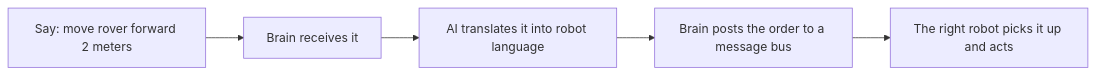
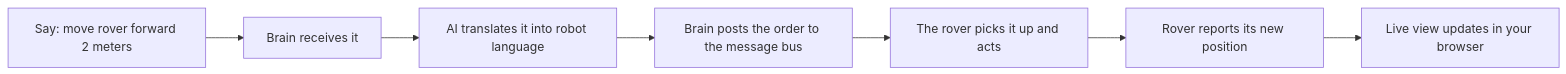
One commit to siddhesh1008/robotics-master changed the second of 3 diagrams in OVERVIEW.md. Above: the diagram before and after it, drawn with Mermaid. The commit also changed other lines of this file and 4 other files, not shown here.

Commit message:
Add 2D live rover view, position tracking, WebSocket bridge

````diff
--- a/OVERVIEW.md
+++ b/OVERVIEW.md
@@ -35,10 +37,12 @@
 ```mermaid
 flowchart LR
     A[Say: move rover forward 2 meters]
     B[Brain receives it]
     C[AI translates it into robot language]
-    D[Brain posts the order to a message bus]
-    E[The right robot picks it up and acts]
+    D[Brain posts the order to the message bus]
+    E[The rover picks it up and acts]
+    F[Rover reports its new position]
+    G[Live view updates in your browser]
 
-    A --> B --> C --> D --> E
+    A --> B --> C --> D --> E --> F --> G
 ```
````
